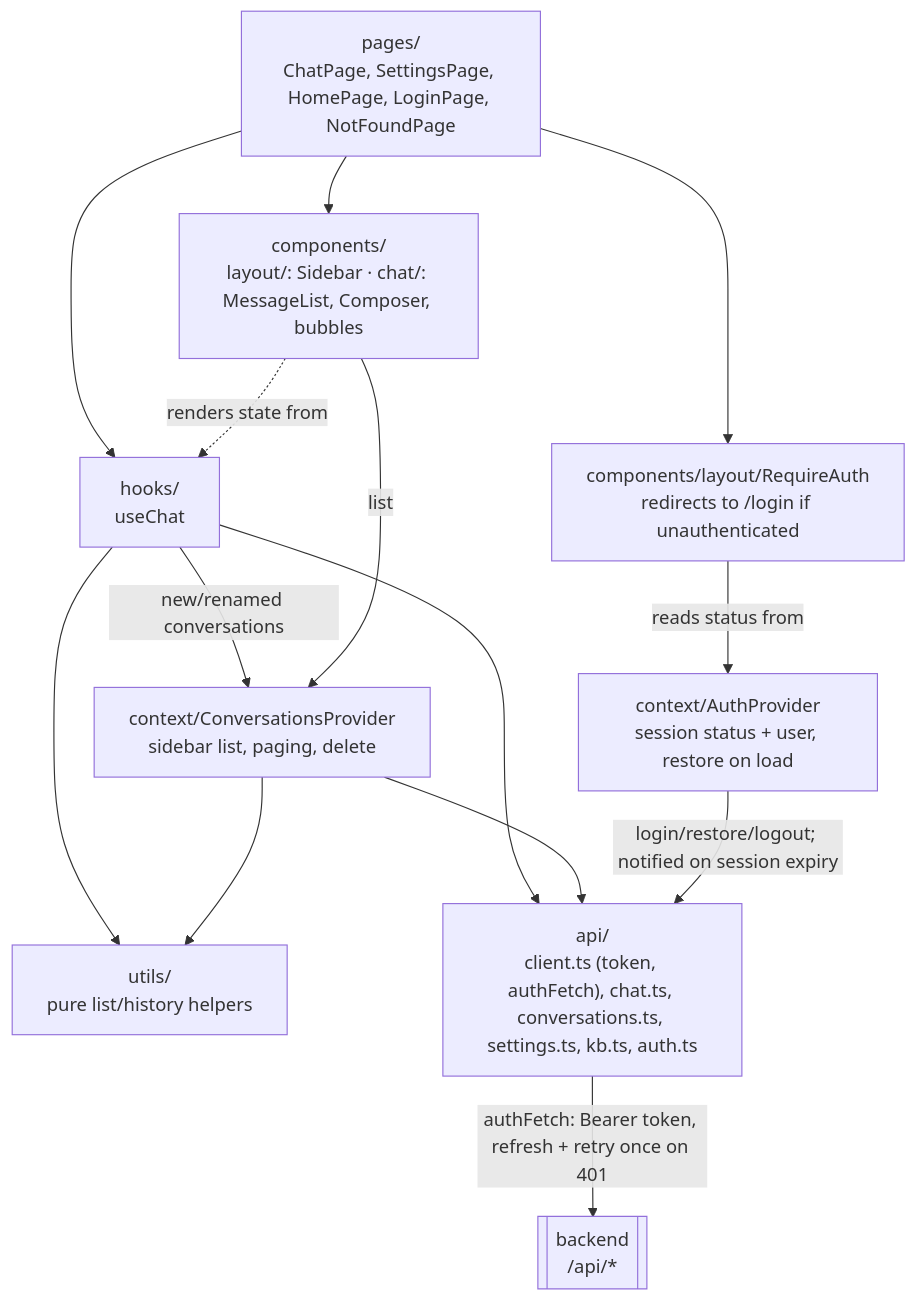
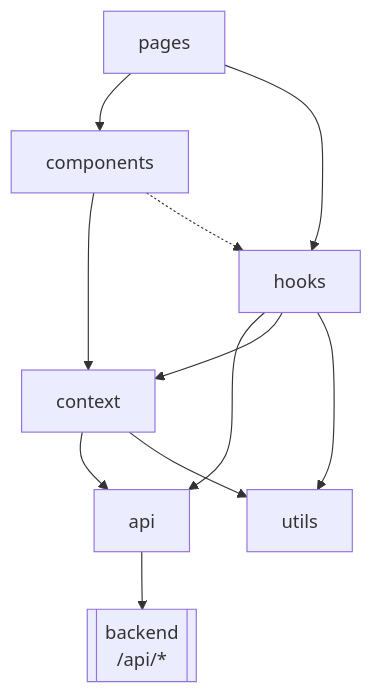
One commit to hadifar/rag changed the fourth of 4 diagrams in docs/architecture.md. Above: the diagram before and after it, drawn with Mermaid. The commit also changed other lines of this file and 9 other files, not shown here.

Commit message:
docs: enhance documentation with new auth and services sections; update architecture details

````diff
--- a/docs/architecture.md
+++ b/docs/architecture.md
@@ -118,26 +92,21 @@
 ```mermaid
 graph TD
-    pages["pages/<br/>ChatPage, SettingsPage, HomePage, LoginPage, NotFoundPage"]
-    guard["components/layout/RequireAuth<br/>redirects to /login if unauthenticated"]
-    authctx["context/AuthProvider<br/>session status + user, restore on load"]
-    convctx["context/ConversationsProvider<br/>sidebar list, paging, delete"]
-    hooks["hooks/<br/>useChat"]
-    utils["utils/<br/>pure list/history helpers"]
-    apiclient["api/<br/>client.ts (token, authFetch), chat.ts, conversations.ts, settings.ts, kb.ts, auth.ts"]
-    components["components/<br/>layout/: Sidebar · chat/: MessageList, Composer, bubbles"]
+    pages["pages"]
+    context["context"]
+    hooks["hooks"]
+    utils["utils"]
+    api["api"]
+    components["components"]
     backend[["backend<br/>/api/*"]]
 
-    guard -->|reads status from| authctx
-    pages --> guard
+    pages --> components
     pages --> hooks
-    pages --> components
-    hooks --> apiclient
-    hooks -->|new/renamed conversations| convctx
+    components --> context
+    components -.-> hooks
+    hooks --> api
+    hooks --> context
     hooks --> utils
-    convctx --> apiclient
-    convctx --> utils
-    components -->|list| convctx
-    components -.->|renders state from| hooks
-    apiclient -->|authFetch: Bearer token, refresh + retry once on 401| backend
-    authctx -->|login/restore/logout; notified on session expiry| apiclient
+    context --> api
+    context --> utils
+    api --> backend
 ```
````
